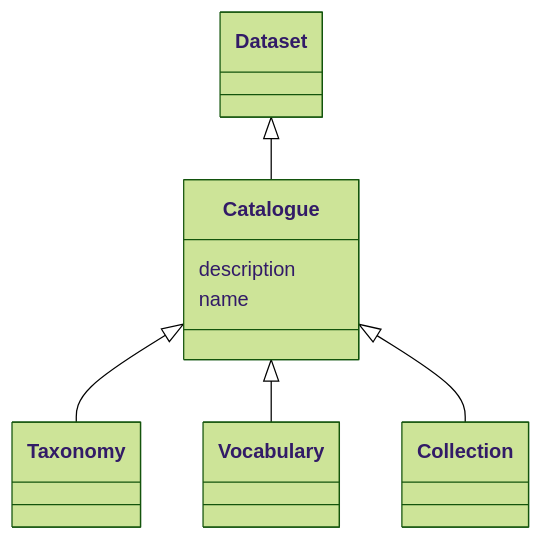
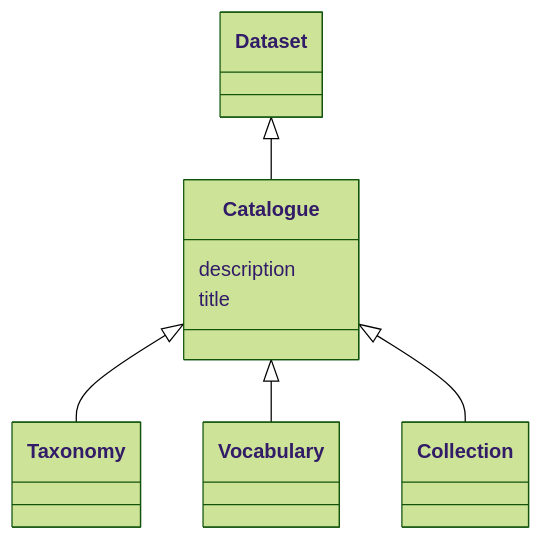
Before and after one commit to EVORA-project/evora-ontology: the diagram in models/docs/Catalogue.md, drawn with Mermaid (forest theme). The commit also changed other lines of this file and 435 other files, not shown here.

````diff
--- a/models/docs/Catalogue.md
+++ b/models/docs/Catalogue.md
@@ -21,22 +21,22 @@
 ```mermaid
  classDiagram
     class Catalogue
     click Catalogue href "../Catalogue"
       Dataset <|-- Catalogue
         click Dataset href "../Dataset"
       
 
       Catalogue <|-- Taxonomy
         click Taxonomy href "../Taxonomy"
       Catalogue <|-- Vocabulary
         click Vocabulary href "../Vocabulary"
       Catalogue <|-- Collection
         click Collection href "../Collection"
       
       
       Catalogue : description
         
-      Catalogue : name
+      Catalogue : title
         
       
 ```
````
